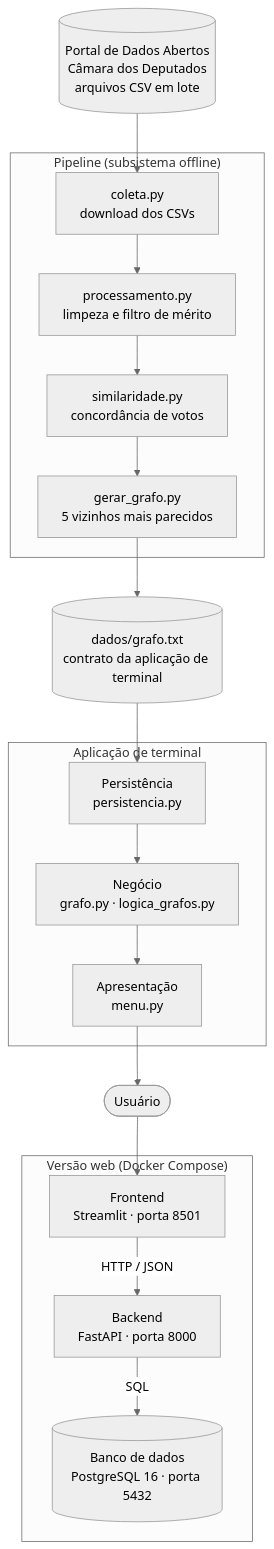
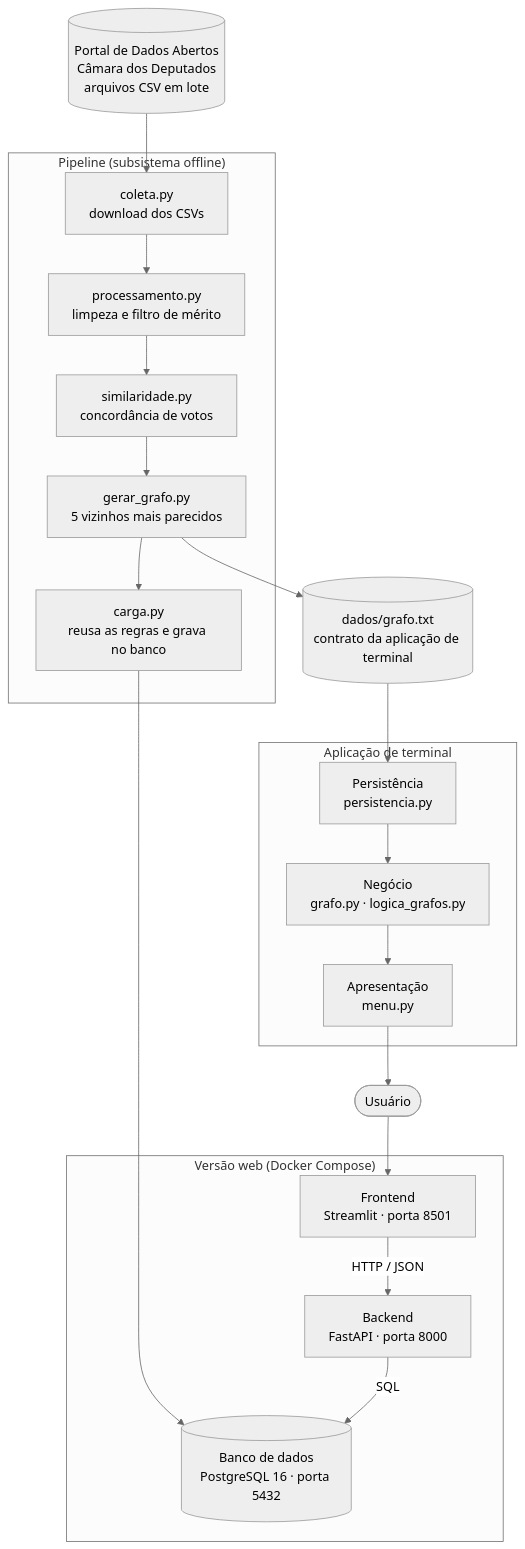
Before and after one commit to hissapinto/o-gabinete: the second of 2 diagrams in README.md, drawn with Mermaid (neutral theme). The commit also changed other lines of this file and 10 other files, not shown here.

````diff
--- a/README.md
+++ b/README.md
@@ -260,31 +260,33 @@
 ```mermaid
 flowchart TB
     A[("Portal de Dados Abertos<br/>Câmara dos Deputados<br/>arquivos CSV em lote")]
 
     subgraph Pipeline["Pipeline (subsistema offline)"]
         B["coleta.py<br/>download dos CSVs"]
         B2["processamento.py<br/>limpeza e filtro de mérito"]
         C["similaridade.py<br/>concordância de votos"]
         D["gerar_grafo.py<br/>5 vizinhos mais parecidos"]
+        I["carga.py<br/>reusa as regras e grava no banco"]
     end
 
     E[("dados/grafo.txt<br/>contrato da aplicação de terminal")]
 
     subgraph Terminal["Aplicação de terminal"]
         F["Persistência<br/>persistencia.py"]
         G["Negócio<br/>grafo.py · logica_grafos.py"]
         H["Apresentação<br/>menu.py"]
     end
 
     subgraph Web["Versão web (Docker Compose)"]
         W1["Frontend<br/>Streamlit · porta 8501"]
         W2["Backend<br/>FastAPI · porta 8000"]
         W3[("Banco de dados<br/>PostgreSQL 16 · porta 5432")]
     end
 
     Usuario(["Usuário"])
 
     A --> B --> B2 --> C --> D --> E
+    D --> I --> W3
     E --> F --> G --> H --> Usuario
     Usuario --> W1 -->|HTTP / JSON| W2 -->|SQL| W3
 ```
````
